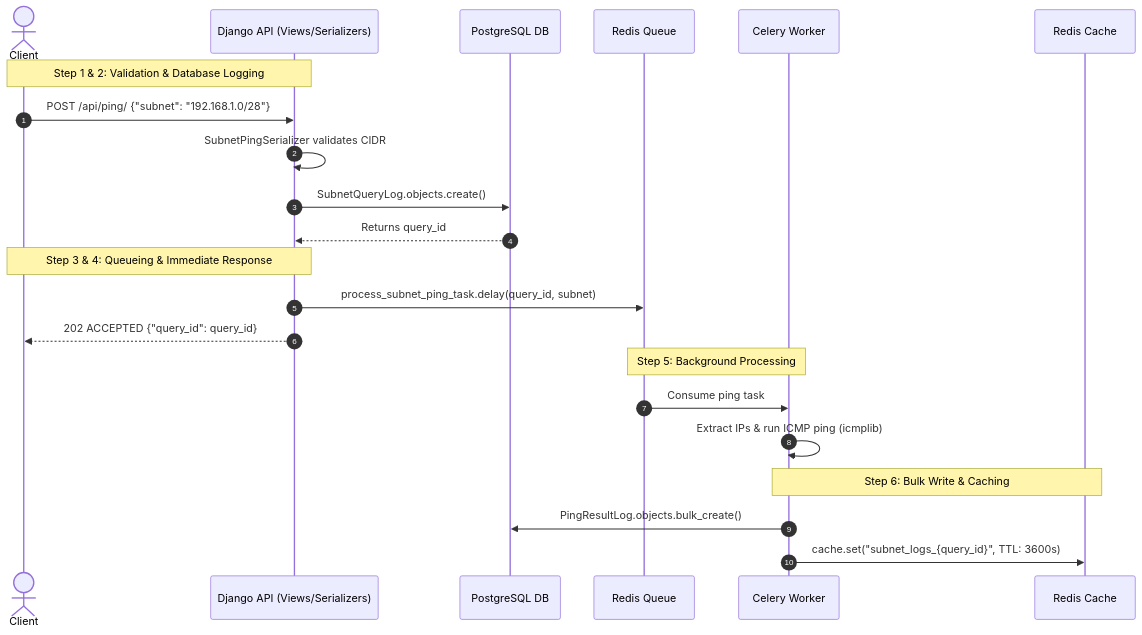
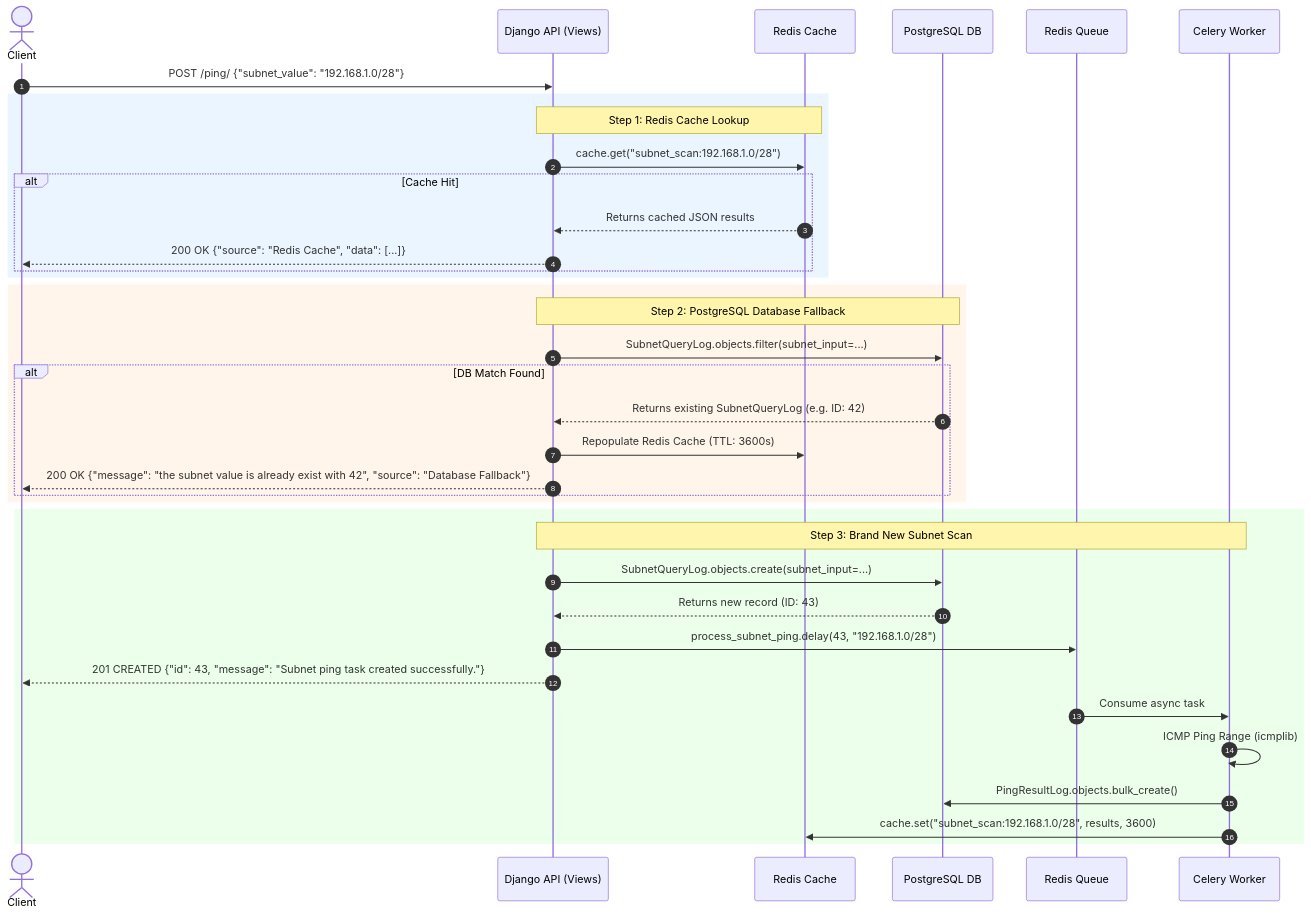
One commit to ForisGrancj/subnet-ping-app changed the diagram in README.md. Above: the diagram before and after it, drawn with Mermaid. The commit also changed other lines of this file and 1 other file, not shown here.

Commit message:
docs(readme): update system topology, diagrams, and API cURL examples

````diff
--- a/README.md
+++ b/README.md
@@ -101,28 +184,44 @@
 ``` mermaid
 sequenceDiagram
     autonumber
     actor Client
-    participant API as Django API (Views/Serializers)
+    participant API as Django API (Views)
+    participant Cache as Redis Cache
     participant DB as PostgreSQL DB
     participant Queue as Redis Queue
     participant Worker as Celery Worker
-    participant Cache as Redis Cache
 
-    Note over Client, API: Step 1 & 2: Validation & Database Logging
-    Client->>API: POST /api/ping/ {"subnet": "192.168.1.0/28"}
-    API->>API: SubnetPingSerializer validates CIDR
-    API->>DB: SubnetQueryLog.objects.create()
-    DB-->>API: Returns query_id
+    Client->>API: POST /ping/ {"subnet_value": "192.168.1.0/28"}
+    
+    rect rgb(235, 245, 255)
+        Note over API, Cache: Step 1: Redis Cache Lookup
+        API->>Cache: cache.get("subnet_scan:192.168.1.0/28")
+        alt Cache Hit
+            Cache-->>API: Returns cached JSON results
+            API-->>Client: 200 OK {"source": "Redis Cache", "data": [...]}
+        end
+    end
 
-    Note over API, Client: Step 3 & 4: Queueing & Immediate Response
-    API->>Queue: process_subnet_ping_task.delay(query_id, subnet)
-    API-->>Client: 202 ACCEPTED {"query_id": query_id}
-
-    Note over Queue, Worker: Step 5: Background Processing
-    Queue->>Worker: Consume ping task
-    Worker->>Worker: Extract IPs & run ICMP ping (icmplib)
-
-    Note over Worker, Cache: Step 6: Bulk Write & Caching
-    Worker->>DB: PingResultLog.objects.bulk_create()
-    Worker->>Cache: cache.set("subnet_logs_{query_id}", TTL: 3600s)
+    rect rgb(255, 245, 235)
+        Note over API, DB: Step 2: PostgreSQL Database Fallback
+        API->>DB: SubnetQueryLog.objects.filter(subnet_input=...)
+        alt DB Match Found
+            DB-->>API: Returns existing SubnetQueryLog (e.g. ID: 42)
+            API->>Cache: Repopulate Redis Cache (TTL: 3600s)
+            API-->>Client: 200 OK {"message": "the subnet value is already exist with 42", "source": "Database Fallback"}
+        end
+    end
+    
+    rect rgb(235, 255, 235)
+        Note over API, Worker: Step 3: Brand New Subnet Scan
+        API->>DB: SubnetQueryLog.objects.create(subnet_input=...)
+        DB-->>API: Returns new record (ID: 43)
+        API->>Queue: process_subnet_ping.delay(43, "192.168.1.0/28")
+        API-->>Client: 201 CREATED {"id": 43, "message": "Subnet ping task created successfully."}
+        
+        Queue->>Worker: Consume async task
+        Worker->>Worker: ICMP Ping Range (icmplib)
+        Worker->>DB: PingResultLog.objects.bulk_create()
+        Worker->>Cache: cache.set("subnet_scan:192.168.1.0/28", results, 3600)
+    end
 ```
````
